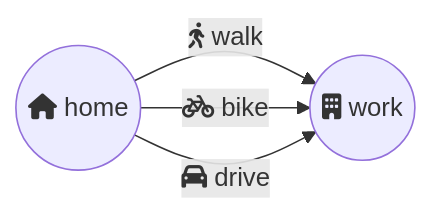
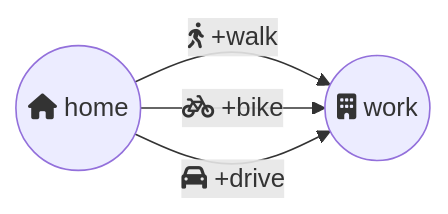
The first of 3 diagrams in app/pages/docs/modality/necessity-and-possibility/index.md (dotcontract/www-dotcontract-org), drawn with Mermaid before and after one commit. The commit also changed other lines of this file and 3 other files, not shown here.

````diff
--- a/app/pages/docs/modality/necessity-and-possibility/index.md
+++ b/app/pages/docs/modality/necessity-and-possibility/index.md
@@ -14,6 +14,6 @@
 ```mermaid
 flowchart LR
-    home((fa:fa-home home)) -->|fa:fa-walking walk| work((fa:fa-building work))
-    home -->|fa:fa-bicycle bike| work
-    home -->|fa:fa-car drive| work
+    home((fa:fa-home home)) -->|fa:fa-walking +walk| work((fa:fa-building work))
+    home -->|fa:fa-bicycle +bike| work
+    home -->|fa:fa-car +drive| work
 ```
````
